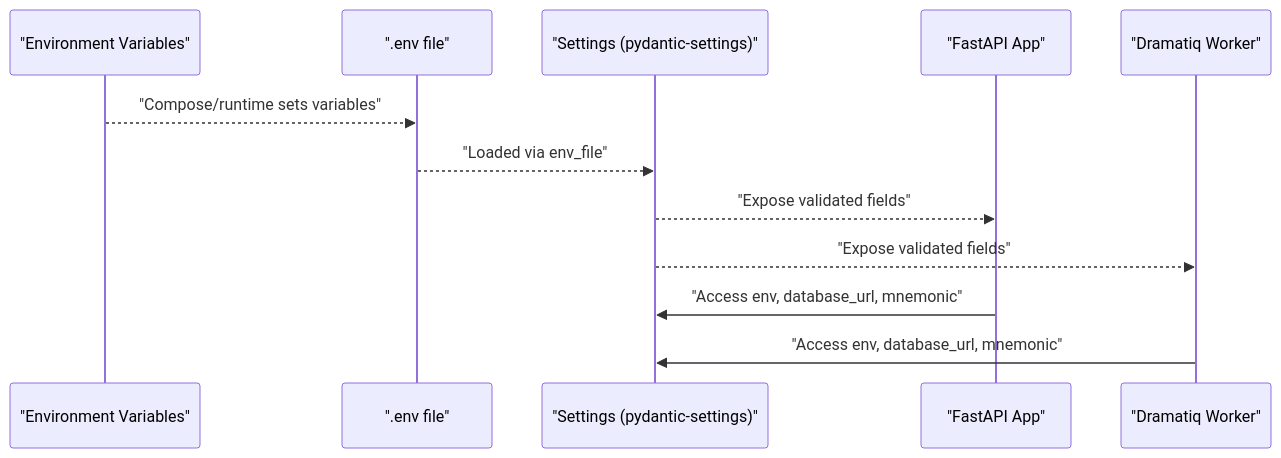
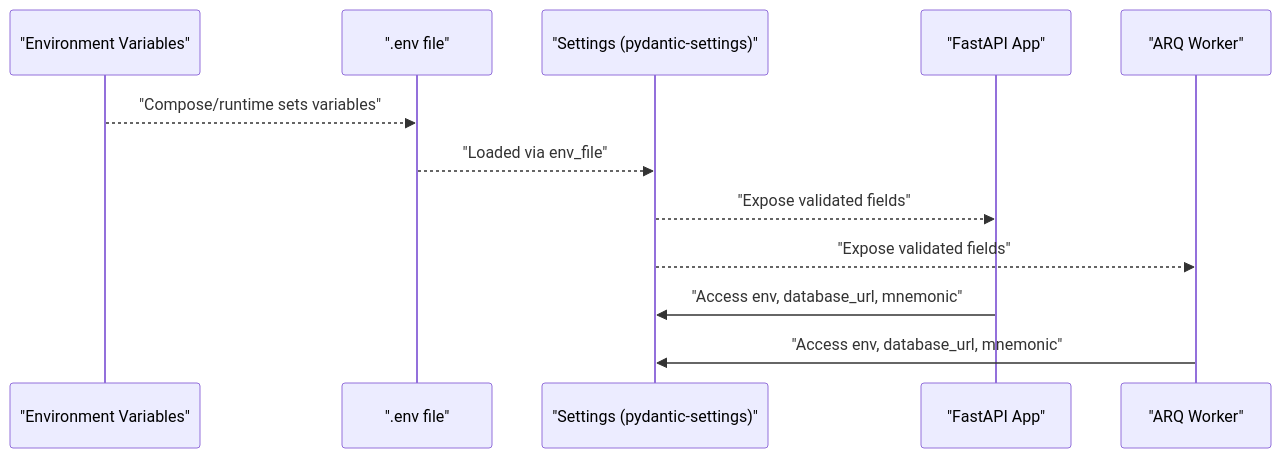
Before and after one commit to rakibhossain72/ctrip-docs: the second of 8 diagrams in docs/configuration-management/environment-variables.md, drawn with Mermaid. The commit also changed other lines of this file and 25 other files, not shown here.

First line of the commit message:
docs: Update documentation to reflect ARQ task migration from Dramatiq

````diff
--- a/docs/configuration-management/environment-variables.md
+++ b/docs/configuration-management/environment-variables.md
@@ -101,14 +101,14 @@
 ```mermaid
 sequenceDiagram
 participant Env as "Environment Variables"
 participant DotEnv as ".env file"
 participant Settings as "Settings (pydantic-settings)"
 participant App as "FastAPI App"
-participant Worker as "Dramatiq Worker"
+participant Worker as "ARQ Worker"
 Env-->>DotEnv : "Compose/runtime sets variables"
 DotEnv-->>Settings : "Loaded via env_file"
 Settings-->>App : "Expose validated fields"
 Settings-->>Worker : "Expose validated fields"
 App->>Settings : "Access env, database_url, mnemonic"
 Worker->>Settings : "Access env, database_url, mnemonic"
 ```
````
